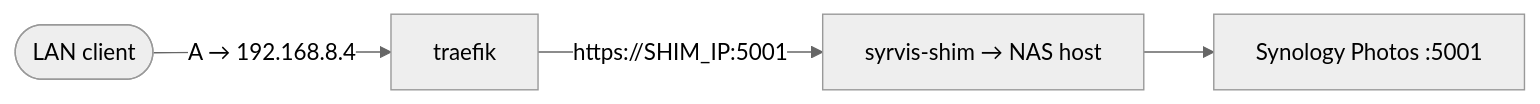
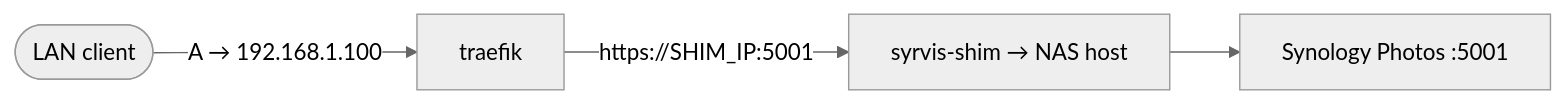
Before and after one commit to kevinteg/SyrvisCore: the fifth of 8 diagrams in docs/wiki/03-networking.md, drawn with Mermaid (neutral theme). The commit also changed other lines of this file and 16 other files, not shown here.

````diff
--- a/docs/wiki/03-networking.md
+++ b/docs/wiki/03-networking.md
@@ -124,6 +124,6 @@
 ```mermaid
 flowchart LR
-    C(["LAN client"]) -->|"A → 192.168.8.4"| T["traefik"]
+    C(["LAN client"]) -->|"A → 192.168.1.100"| T["traefik"]
     T -->|"https://SHIM_IP:5001"| shim["syrvis-shim → NAS host"]
     shim --> P["Synology Photos :5001"]
 ```
````
